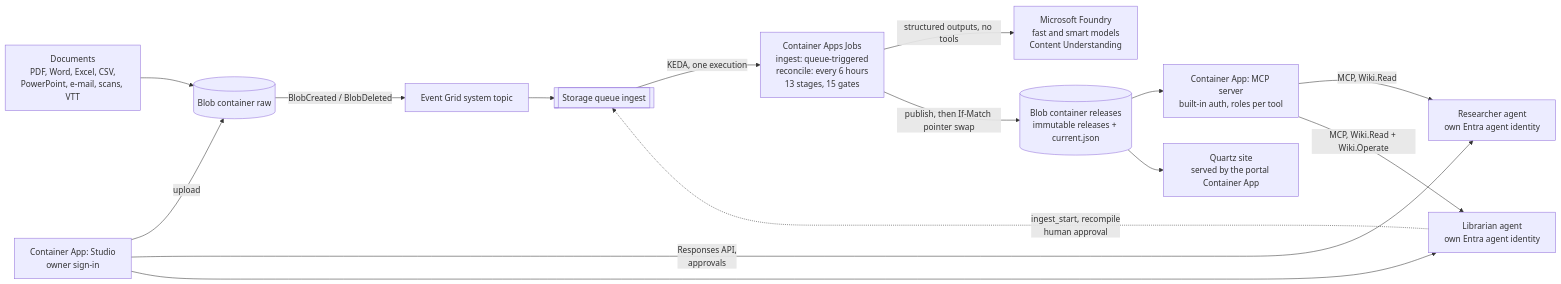
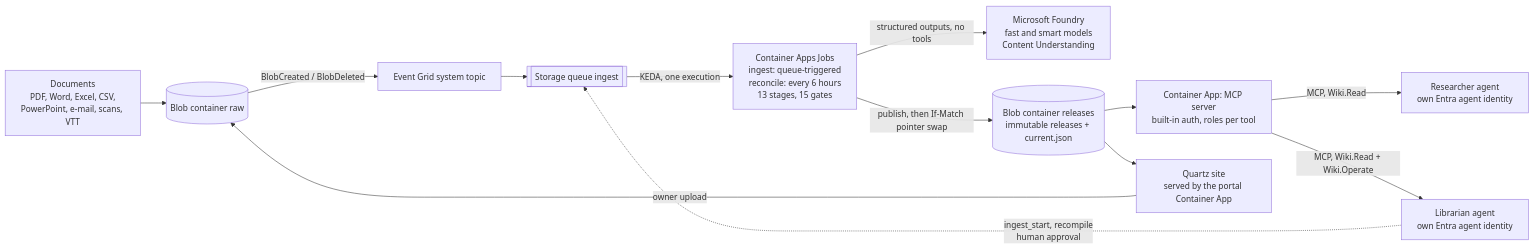
Before and after one commit to ozgurkarahan/docwiki: the diagram in README.md, drawn with Mermaid. The commit also changed other lines of this file and 60 other files, not shown here.

````diff
--- a/README.md
+++ b/README.md
@@ -191,17 +177,15 @@
 ```mermaid
 flowchart LR
   docs["Documents<br/>PDF, Word, Excel, CSV,<br/>PowerPoint, e-mail, scans, VTT"] --> raw[("Blob container raw")]
   raw -->|"BlobCreated / BlobDeleted"| eg["Event Grid system topic"]
   eg --> queue[["Storage queue ingest"]]
   queue -->|"KEDA, one execution"| job["Container Apps Jobs<br/>ingest: queue-triggered<br/>reconcile: every 6 hours<br/>13 stages, 15 gates"]
   job -->|"structured outputs, no tools"| foundry["Microsoft Foundry<br/>fast and smart models<br/>Content Understanding"]
   job -->|"publish, then If-Match pointer swap"| releases[("Blob container releases<br/>immutable releases + current.json")]
   releases --> mcp["Container App: MCP server<br/>built-in auth, roles per tool"]
   releases --> site["Quartz site<br/>served by the portal Container App"]
   mcp -->|"MCP, Wiki.Read"| researcher["Researcher agent<br/>own Entra agent identity"]
   mcp -->|"MCP, Wiki.Read + Wiki.Operate"| librarian["Librarian agent<br/>own Entra agent identity"]
   librarian -.->|"ingest_start, recompile<br/>human approval"| queue
-  studio["Container App: Studio<br/>owner sign-in"] -->|"upload"| raw
-  studio -->|"Responses API,<br/>approvals"| researcher
-  studio --> librarian
+  site -->|"owner upload"| raw
 ```
````
